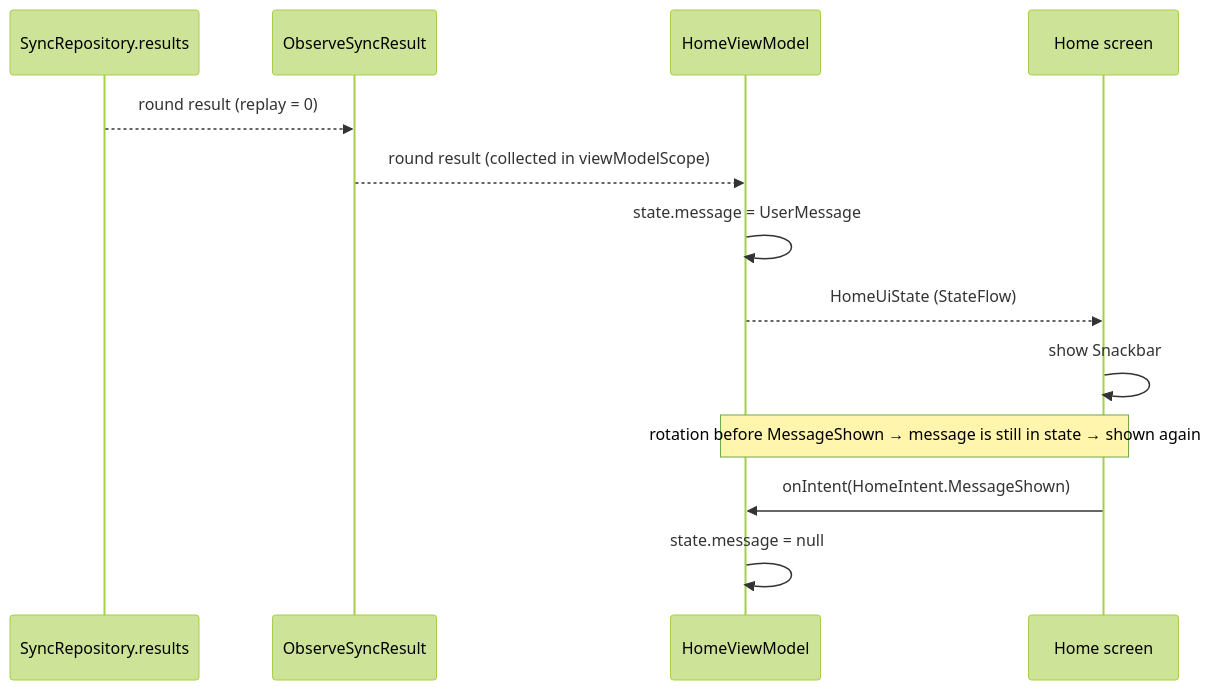
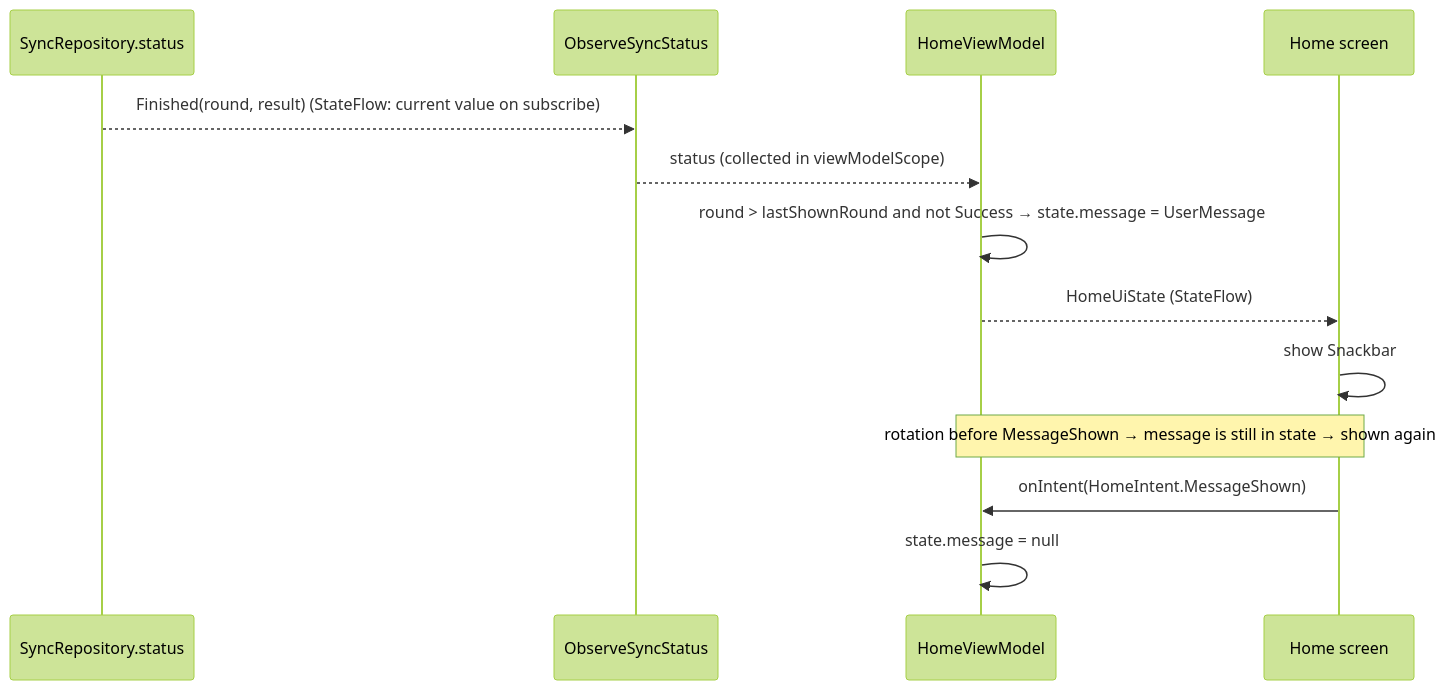
Before and after one commit to jay41chen/pokedex: the diagram in docs/design/0006-failure-classification-and-user-messages.md, drawn with Mermaid (forest theme). The commit also changed other lines of this file and 28 other files, not shown here.

````diff
--- a/docs/design/0006-failure-classification-and-user-messages.md
+++ b/docs/design/0006-failure-classification-and-user-messages.md
@@ -21,15 +23,15 @@
 ```mermaid
 sequenceDiagram
-  participant SR as SyncRepository.results
-  participant UC as ObserveSyncResult
+  participant SR as SyncRepository.status
+  participant UC as ObserveSyncStatus
   participant VM as HomeViewModel
   participant UI as Home screen
-  SR-->>UC: round result (replay = 0)
-  UC-->>VM: round result (collected in viewModelScope)
-  VM->>VM: state.message = UserMessage
+  SR-->>UC: Finished(round, result) (StateFlow: current value on subscribe)
+  UC-->>VM: status (collected in viewModelScope)
+  VM->>VM: round > lastShownRound and not Success → state.message = UserMessage
   VM-->>UI: HomeUiState (StateFlow)
   UI->>UI: show Snackbar
   Note over VM,UI: rotation before MessageShown → message is still in state → shown again
   UI->>VM: onIntent(HomeIntent.MessageShown)
   VM->>VM: state.message = null
 ```
````
